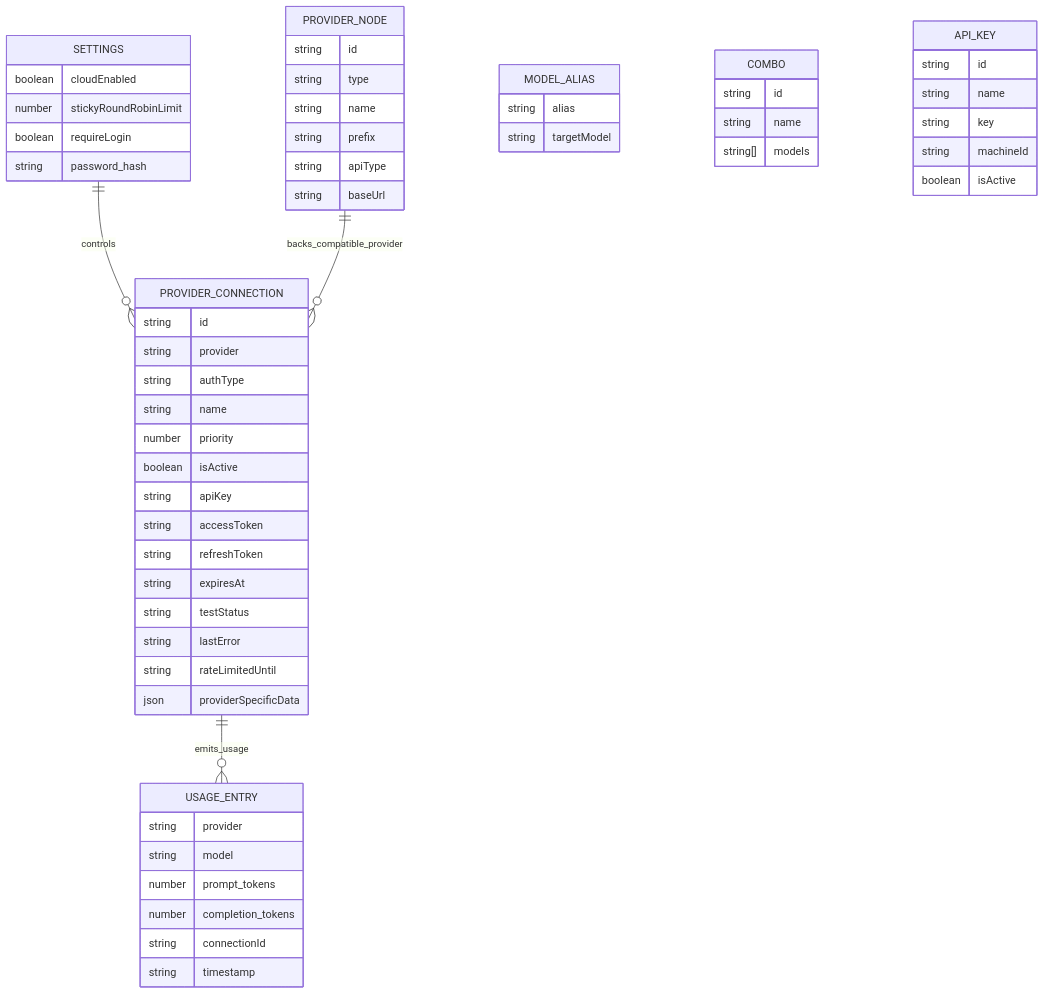
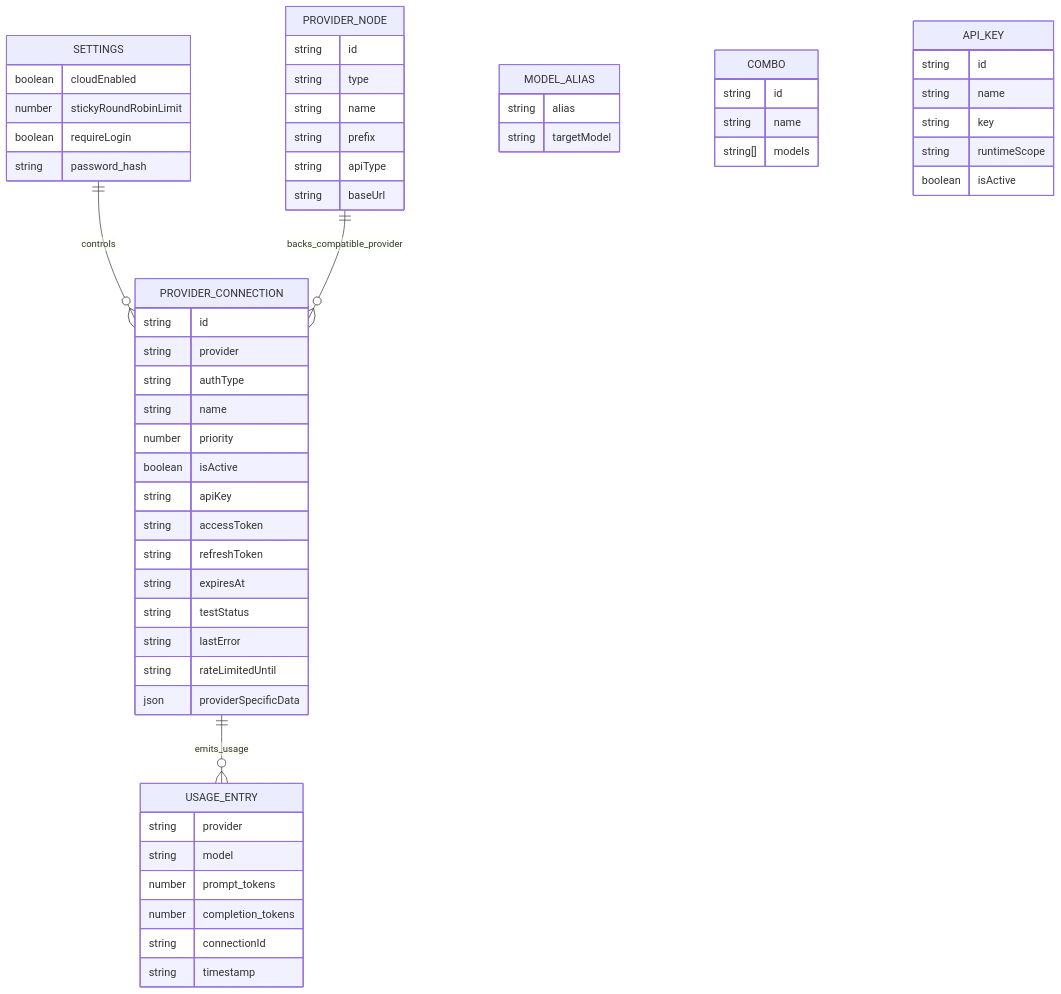
Before and after one commit to rickicode/9router-plus: the sixth of 7 diagrams in docs/ARCHITECTURE.md, drawn with Mermaid. The commit also changed other lines of this file and 86 other files, not shown here.

````diff
--- a/docs/ARCHITECTURE.md
+++ b/docs/ARCHITECTURE.md
@@ -310,67 +310,67 @@
 ```mermaid
 erDiagram
     SETTINGS ||--o{ PROVIDER_CONNECTION : controls
     PROVIDER_NODE ||--o{ PROVIDER_CONNECTION : backs_compatible_provider
     PROVIDER_CONNECTION ||--o{ USAGE_ENTRY : emits_usage
 
     SETTINGS {
       boolean cloudEnabled
       number stickyRoundRobinLimit
       boolean requireLogin
       string password_hash
     }
 
     PROVIDER_CONNECTION {
       string id
       string provider
       string authType
       string name
       number priority
       boolean isActive
       string apiKey
       string accessToken
       string refreshToken
       string expiresAt
       string testStatus
       string lastError
       string rateLimitedUntil
       json providerSpecificData
     }
 
     PROVIDER_NODE {
       string id
       string type
       string name
       string prefix
       string apiType
       string baseUrl
     }
 
     MODEL_ALIAS {
       string alias
       string targetModel
     }
 
     COMBO {
       string id
       string name
       string[] models
     }
 
     API_KEY {
       string id
       string name
       string key
-      string machineId
+      string runtimeScope
       boolean isActive
     }
 
     USAGE_ENTRY {
       string provider
       string model
       number prompt_tokens
       number completion_tokens
       string connectionId
       string timestamp
     }
 ```
````
